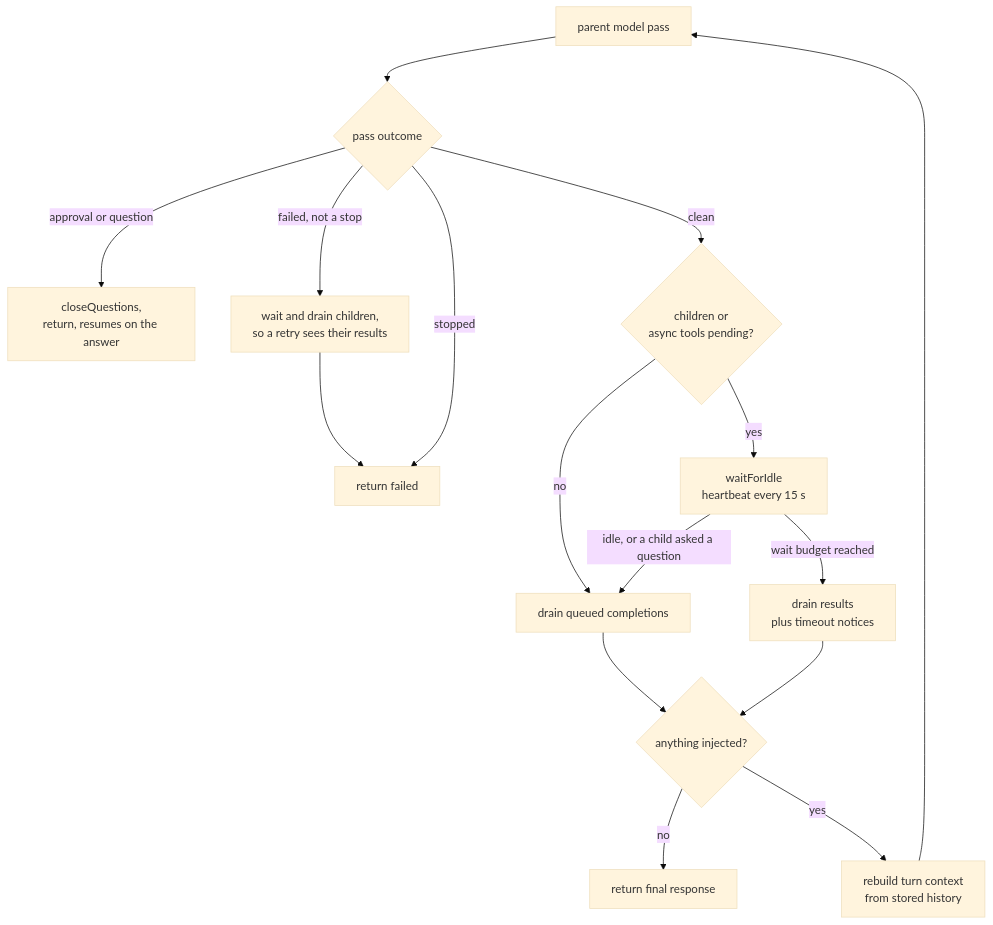
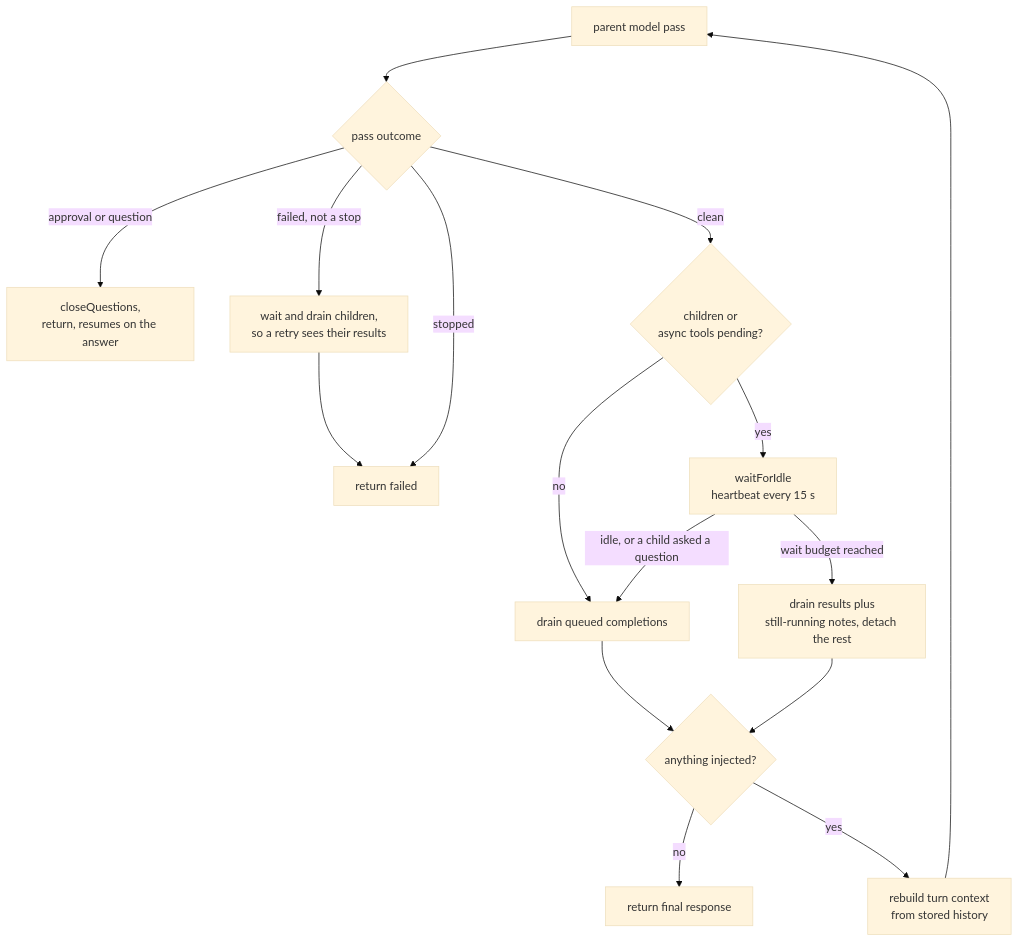
Before and after one commit to beeblastco/broods: the first of 7 diagrams in apps/docs/docs/internals/subagents.md, drawn with Mermaid (base theme). The commit also changed other lines of this file and 10 other files, not shown here.

````diff
--- a/apps/docs/docs/internals/subagents.md
+++ b/apps/docs/docs/internals/subagents.md
@@ -19,18 +19,18 @@
 ```mermaid
 flowchart TD
   Pass["parent model pass"] --> Out{"pass outcome"}
   Out -->|"approval or question"| Park["closeQuestions,<br/>return, resumes on the answer"]
   Out -->|"failed, not a stop"| Keep["wait and drain children,<br/>so a retry sees their results"]
   Keep --> Failed["return failed"]
   Out -->|"stopped"| Failed
   Out -->|"clean"| Pend{"children or<br/>async tools pending?"}
   Pend -->|"no"| Drain["drain queued completions"]
   Pend -->|"yes"| Wait["waitForIdle<br/>heartbeat every 15 s"]
   Wait -->|"idle, or a child asked a question"| Drain
-  Wait -->|"wait budget reached"| Timeout["drain results<br/>plus timeout notices"]
+  Wait -->|"wait budget reached"| Timeout["drain results plus<br/>still-running notes, detach the rest"]
   Drain --> Inj{"anything injected?"}
   Timeout --> Inj
   Inj -->|"no"| Done["return final response"]
   Inj -->|"yes"| Rebuild["rebuild turn context<br/>from stored history"]
   Rebuild --> Pass
 ```
````
